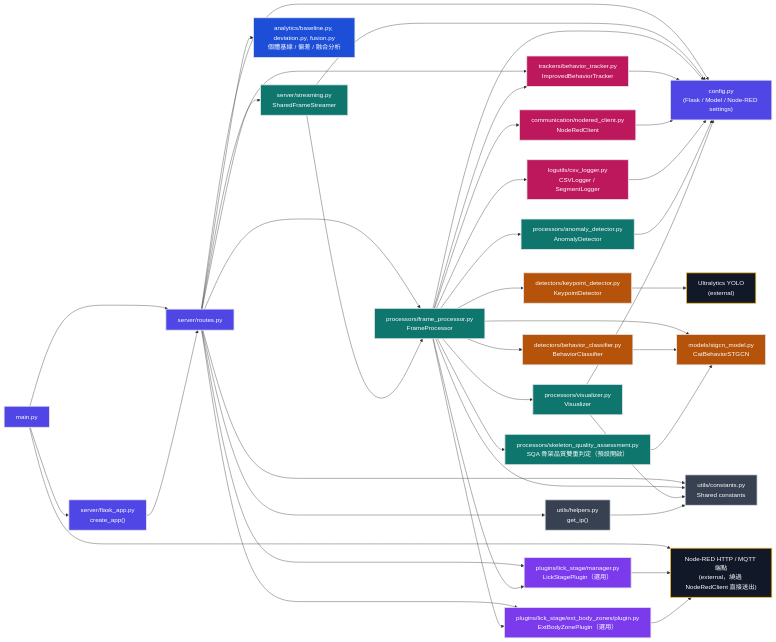
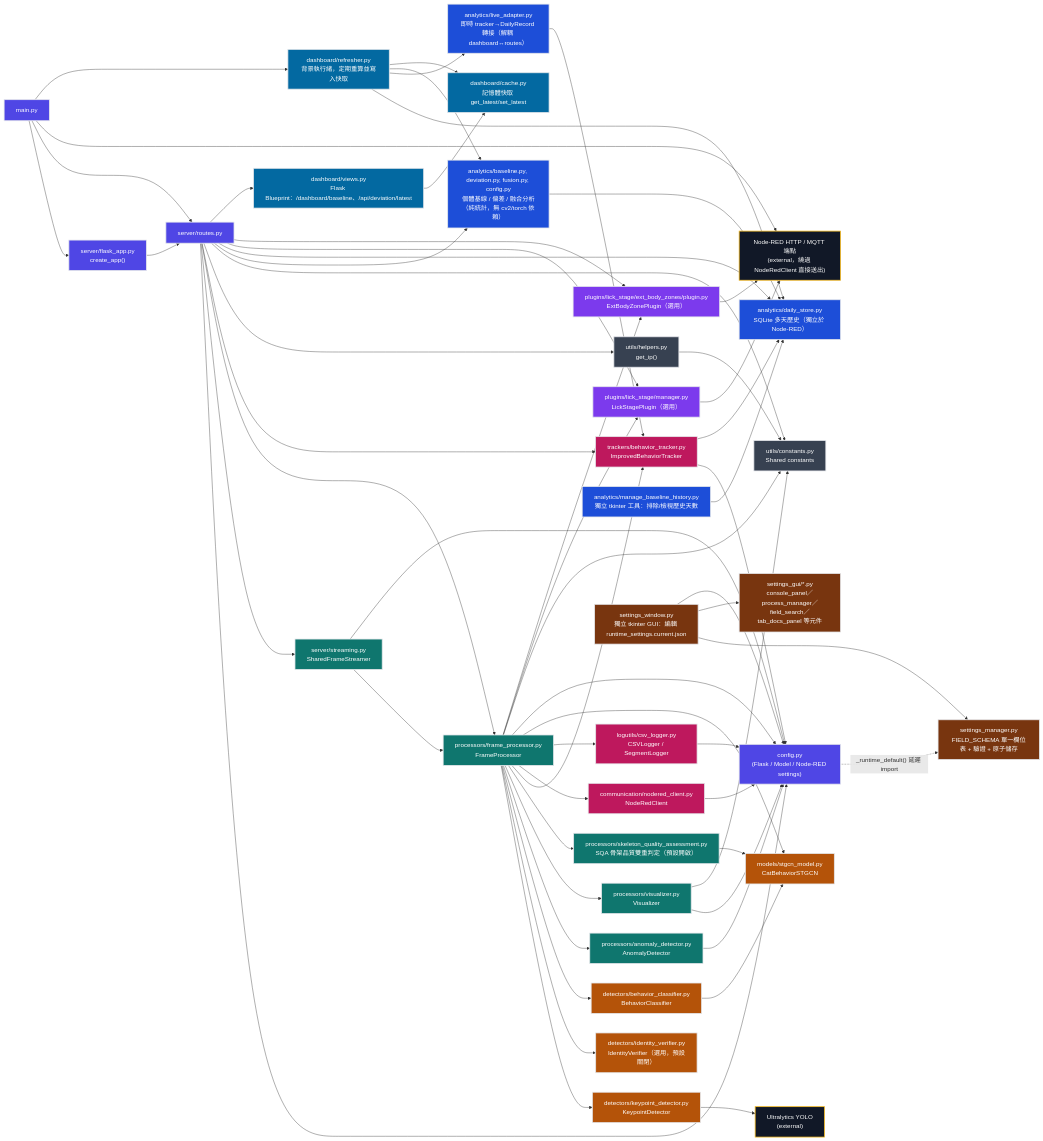
One commit to reqw123/ai_project changed the diagram in paper/docs/模組責任畫分.md. Above: the diagram before and after it, drawn with Mermaid. The commit also changed other lines of this file and 26 other files, not shown here.

First line of the commit message:
docs: 依 2026-09-04 程式碼核對，補上 analytics/ + dashboard/ 子系統

```diff
--- a/paper/docs/模組責任畫分.md
+++ b/paper/docs/模組責任畫分.md
@@ -96,6 +103,8 @@
 
     keydet["detectors/keypoint_detector.py<br/>KeypointDetector"]
 
+    identverify["detectors/identity_verifier.py<br/>IdentityVerifier（選用，預設關閉）"]
+
     behav["detectors/behavior_classifier.py<br/>BehaviorClassifier"]
 
     model["models/stgcn_model.py<br/>CatBehaviorSTGCN"]
@@ -128,7 +137,25 @@
     %% Analytics
     %% =========================
 
-    analytics["analytics/baseline.py, deviation.py, fusion.py<br/>個體基線 / 偏差 / 融合分析"]
+    analytics["analytics/baseline.py, deviation.py, fusion.py, config.py<br/>個體基線 / 偏差 / 融合分析（純統計，無 cv2/torch 依賴）"]
+
+    dailystore["analytics/daily_store.py<br/>SQLite 多天歷史（獨立於 Node-RED）"]
+
+    liveadapter["analytics/live_adapter.py<br/>即時 tracker→DailyRecord 轉接（解耦 dashboard↔routes）"]
+
+    managehistory["analytics/manage_baseline_history.py<br/>獨立 tkinter 工具：排除/檢視歷史天數"]
+
+
+
+    %% =========================
+    %% Dashboard（基線唯讀展示頁）
+    %% =========================
+
+    dashcache["dashboard/cache.py<br/>記憶體快取 get_latest/set_latest"]
+
+    dashrefresh["dashboard/refresher.py<br/>背景執行緒，定期重算並寫入快取"]
+
+    dashviews["dashboard/views.py<br/>Flask Blueprint：/dashboard/baseline、/api/deviation/latest"]
 
 
 
@@ -139,6 +166,18 @@
     lickplugin["plugins/lick_stage/manager.py<br/>LickStagePlugin（選用）"]
 
     extzoneplugin["plugins/lick_stage/ext_body_zones/plugin.py<br/>ExtBodyZonePlugin（選用）"]
+
+
+
+    %% =========================
+    %% Settings / GUI（獨立於 Flask 的第二支入口，不受 main.py 啟動）
+    %% =========================
+
+    settingsmgr["settings_manager.py<br/>FIELD_SCHEMA 單一欄位表 + 驗證 + 原子儲存"]
+
+    settingswin["settings_window.py<br/>獨立 tkinter GUI：編輯 runtime_settings.current.json"]
+
+    settingsgui["settings_gui/*.py<br/>console_panel／process_manager／field_search／tab_docs_panel 等元件"]
 
 
 
@@ -159,6 +198,7 @@
     main --> flask
     main --> routes
     main --> ext_msg
+    main --> dashrefresh
 
     flask --> routes
 
@@ -169,13 +209,16 @@
     routes --> utils
     routes --> constants
     routes --> analytics
+    routes --> dailystore
     routes --> lickplugin
     routes --> extzoneplugin
+    routes --> dashviews
 
     streaming --> frame
     streaming --> config
 
     frame --> keydet
+    frame --> identverify
     frame --> behav
     frame --> anomaly
     frame --> viz
@@ -196,6 +239,7 @@
     keydet --> yolo
 
     tracker --> config
+    tracker --> dailystore
     nodered --> config
     csv --> config
     anomaly --> config
@@ -207,6 +251,20 @@
 
     lickplugin --> ext_msg
     extzoneplugin --> ext_msg
+
+    dashrefresh --> dailystore
+    dashrefresh --> liveadapter
+    dashrefresh --> analytics
+    dashrefresh --> dashcache
+    dashviews --> dashcache
+    liveadapter --> tracker
+    managehistory --> dailystore
+    analytics --> dailystore
+
+    settingswin --> settingsmgr
+    settingswin --> settingsgui
+    settingswin --> config
+    config -.->|"_runtime_default() 延遲 import"| settingsmgr
 
 
 
@@ -224,7 +282,11 @@
 
     classDef analyticsGrp fill:#1D4ED8,color:#FFFFFF,stroke:#E5E7EB,stroke-width:2px;
 
+    classDef dashboardGrp fill:#0369A1,color:#FFFFFF,stroke:#E5E7EB,stroke-width:2px;
+
     classDef pluginGrp fill:#7C3AED,color:#FFFFFF,stroke:#E5E7EB,stroke-width:2px;
+
+    classDef settingsGrp fill:#78350F,color:#FFFFFF,stroke:#E5E7EB,stroke-width:2px;
 
     classDef utility fill:#374151,color:#FFFFFF,stroke:#E5E7EB,stroke-width:2px;
 
@@ -240,13 +302,17 @@
 
     class streaming,frame,anomaly,viz,sqa processing;
 
-    class keydet,behav,model ai;
+    class keydet,identverify,behav,model ai;
 
     class tracker,csv,nodered tracking;
 
-    class analytics analyticsGrp;
+    class analytics,dailystore,liveadapter,managehistory analyticsGrp;
+
+    class dashcache,dashrefresh,dashviews dashboardGrp;
 
     class lickplugin,extzoneplugin pluginGrp;
+
+    class settingsmgr,settingswin,settingsgui settingsGrp;
 
     class constants,utils utility;
 
```
